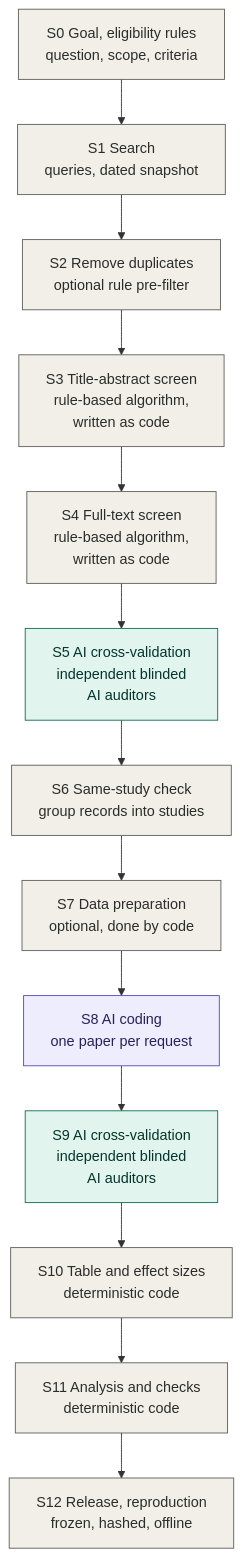
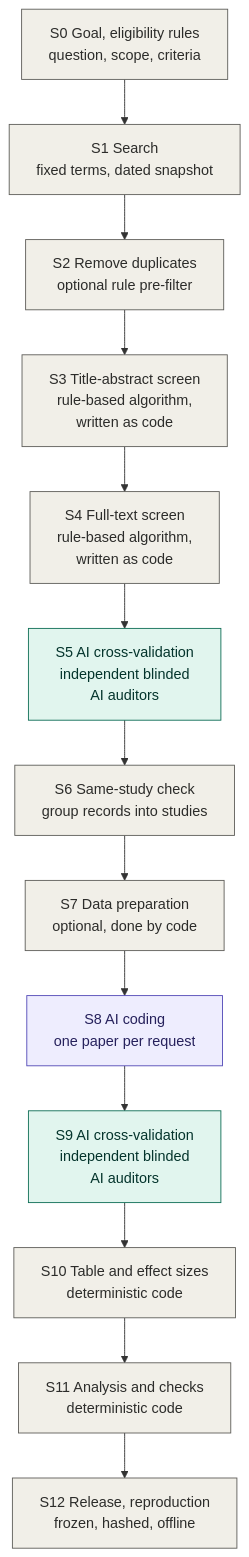
Before and after one commit to shanbuzaigao/raes: the first of 2 diagrams in PROTOCOL.md, drawn with Mermaid. The commit also changed other lines of this file and 2 other files, not shown here.

Commit message:
Fix the search terms first in S1 and allow AI assistance in S7 under the same eligibility criteria

````diff
--- a/PROTOCOL.md
+++ b/PROTOCOL.md
@@ -11,25 +11,25 @@
 ```mermaid
 flowchart TD
     S0["S0 Goal, eligibility rules<br/>question, scope, criteria"]
-    S1["S1 Search<br/>queries, dated snapshot"]
+    S1["S1 Search<br/>fixed terms, dated snapshot"]
     S2["S2 Remove duplicates<br/>optional rule pre-filter"]
     S3["S3 Title-abstract screen<br/>rule-based algorithm,<br/>written as code"]
     S4["S4 Full-text screen<br/>rule-based algorithm,<br/>written as code"]
     S5["S5 AI cross-validation<br/>independent blinded<br/>AI auditors"]
     S6["S6 Same-study check<br/>group records into studies"]
     S7["S7 Data preparation<br/>optional, done by code"]
     S8["S8 AI coding<br/>one paper per request"]
     S9["S9 AI cross-validation<br/>independent blinded<br/>AI auditors"]
     S10["S10 Table and effect sizes<br/>deterministic code"]
     S11["S11 Analysis and checks<br/>deterministic code"]
     S12["S12 Release, reproduction<br/>frozen, hashed, offline"]
 
     S0 --> S1 --> S2 --> S3 --> S4 --> S5 --> S6 --> S7 --> S8 --> S9 --> S10 --> S11 --> S12
 
     classDef code fill:#F1EFE8,stroke:#5F5E5A,color:#2C2C2A
     classDef exec fill:#EEEDFE,stroke:#534AB7,color:#26215C
     classDef audit fill:#E1F5EE,stroke:#0F6E56,color:#04342C
     class S0,S1,S2,S3,S4,S6,S7,S10,S11,S12 code
     class S8 exec
     class S5,S9 audit
 ```
````
